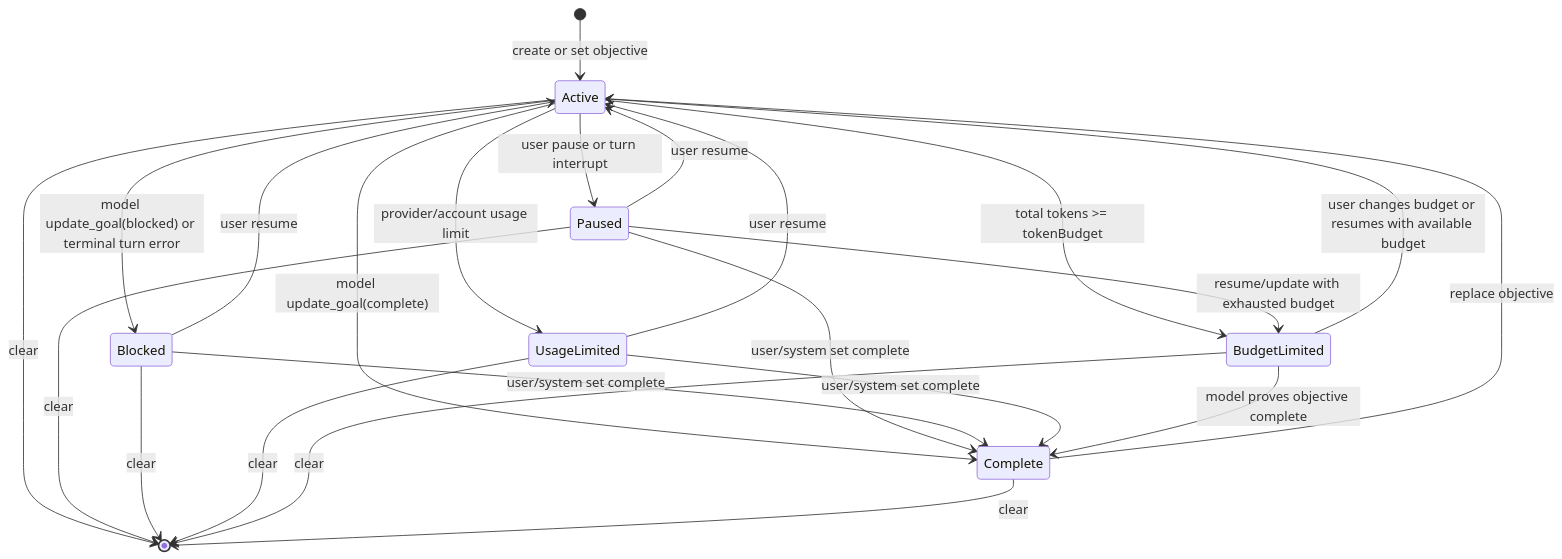
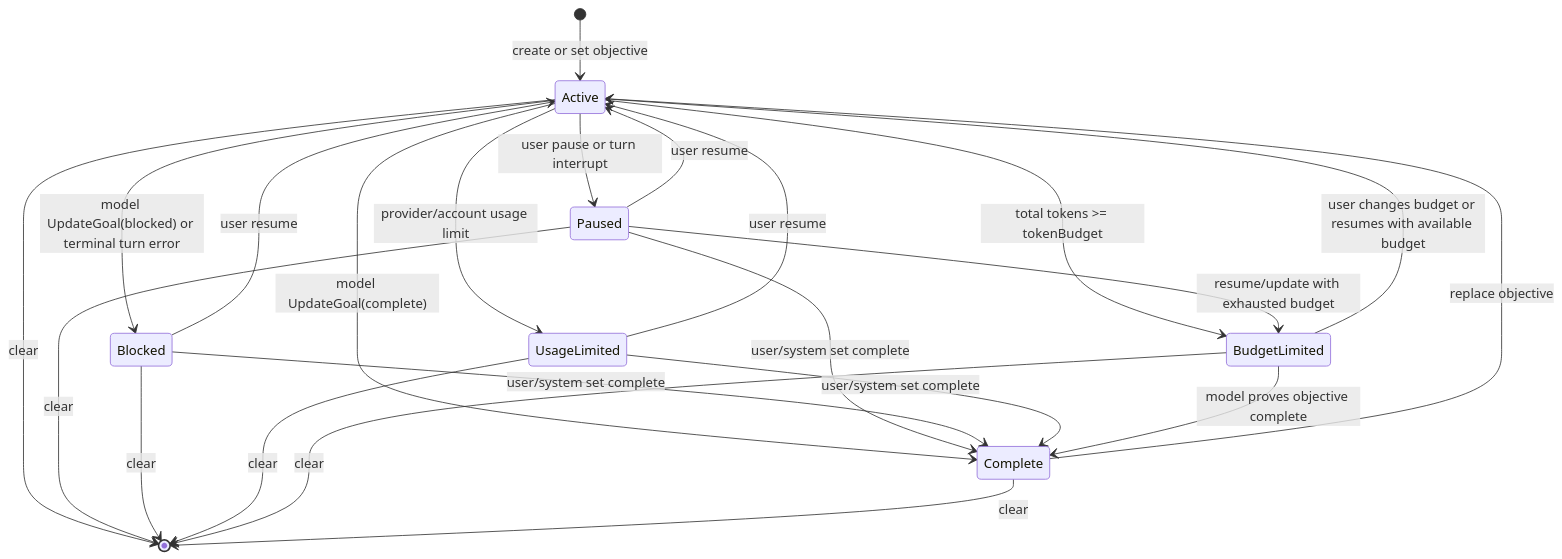
Before and after one commit to DotHarness/dotcraft: the diagram in specs/core/goal-design.md, drawn with Mermaid. The commit also changed other lines of this file and 2 other files, not shown here.

Commit message:
feat: strengthen goal continuation audits (#78)

````diff
--- a/specs/core/goal-design.md
+++ b/specs/core/goal-design.md
@@ -267,25 +267,25 @@
 ```mermaid
 stateDiagram-v2
     [*] --> Active: create or set objective
     Active --> Paused: user pause or turn interrupt
     Paused --> Active: user resume
-    Active --> Blocked: model update_goal(blocked) or terminal turn error
+    Active --> Blocked: model UpdateGoal(blocked) or terminal turn error
     Blocked --> Active: user resume
     Active --> UsageLimited: provider/account usage limit
     UsageLimited --> Active: user resume
     Active --> BudgetLimited: total tokens >= tokenBudget
     Paused --> BudgetLimited: resume/update with exhausted budget
-    Active --> Complete: model update_goal(complete)
+    Active --> Complete: model UpdateGoal(complete)
     Paused --> Complete: user/system set complete
     Blocked --> Complete: user/system set complete
     UsageLimited --> Complete: user/system set complete
     BudgetLimited --> Complete: model proves objective complete
     Complete --> Active: replace objective
     BudgetLimited --> Active: user changes budget or resumes with available budget
     Active --> [*]: clear
     Paused --> [*]: clear
     Blocked --> [*]: clear
     UsageLimited --> [*]: clear
     BudgetLimited --> [*]: clear
     Complete --> [*]: clear
 ```
````
